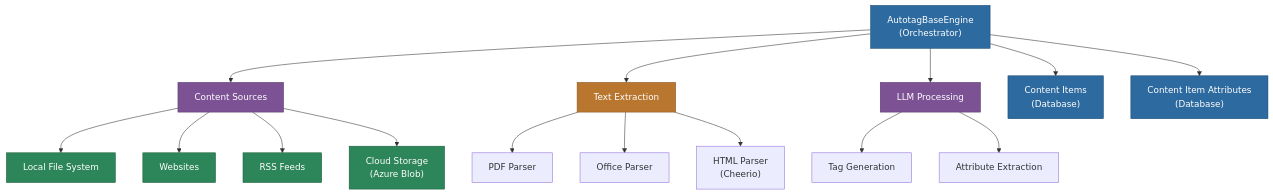
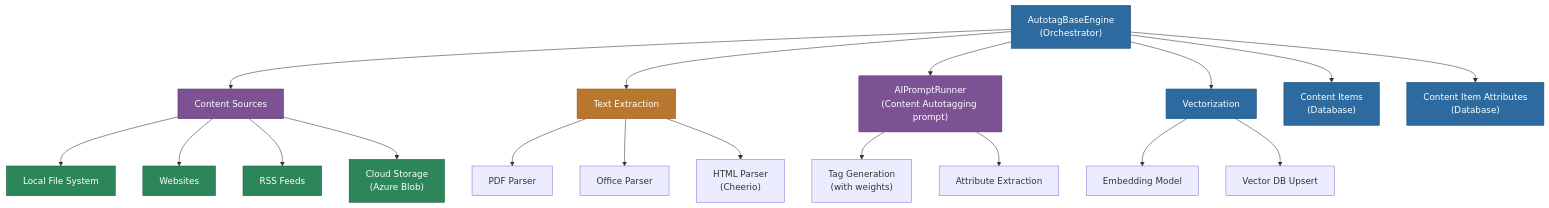
The first of 2 diagrams in packages/ContentAutotagging/README.md (MemberJunction/MJ), drawn with Mermaid before and after one commit. The commit also changed other lines of this file and 34 other files, not shown here.

````diff
--- a/packages/ContentAutotagging/README.md
+++ b/packages/ContentAutotagging/README.md
@@ -9,31 +9,36 @@
 ```mermaid
 graph TD
     A["AutotagBaseEngine<br/>(Orchestrator)"] --> B["Content Sources"]
     B --> C["Local File System"]
     B --> D["Websites"]
     B --> E["RSS Feeds"]
     B --> F["Cloud Storage<br/>(Azure Blob)"]
 
     A --> G["Text Extraction"]
     G --> H["PDF Parser"]
     G --> I["Office Parser"]
     G --> J["HTML Parser<br/>(Cheerio)"]
 
-    A --> K["LLM Processing"]
-    K --> L["Tag Generation"]
+    A --> K["AIPromptRunner<br/>(Content Autotagging prompt)"]
+    K --> L["Tag Generation<br/>(with weights)"]
     K --> M["Attribute Extraction"]
+
+    A --> V["Vectorization"]
+    V --> W["Embedding Model"]
+    V --> X["Vector DB Upsert"]
 
     A --> N["Content Items<br/>(Database)"]
     A --> O["Content Item Attributes<br/>(Database)"]
 
     style A fill:#2d6a9f,stroke:#1a4971,color:#fff
     style B fill:#7c5295,stroke:#563a6b,color:#fff
     style C fill:#2d8659,stroke:#1a5c3a,color:#fff
     style D fill:#2d8659,stroke:#1a5c3a,color:#fff
     style E fill:#2d8659,stroke:#1a5c3a,color:#fff
     style F fill:#2d8659,stroke:#1a5c3a,color:#fff
     style G fill:#b8762f,stroke:#8a5722,color:#fff
     style K fill:#7c5295,stroke:#563a6b,color:#fff
+    style V fill:#2d6a9f,stroke:#1a4971,color:#fff
     style N fill:#2d6a9f,stroke:#1a4971,color:#fff
     style O fill:#2d6a9f,stroke:#1a4971,color:#fff
 ```
````
